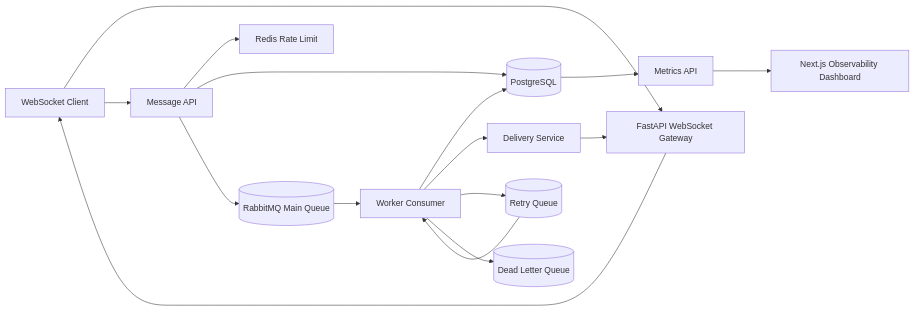
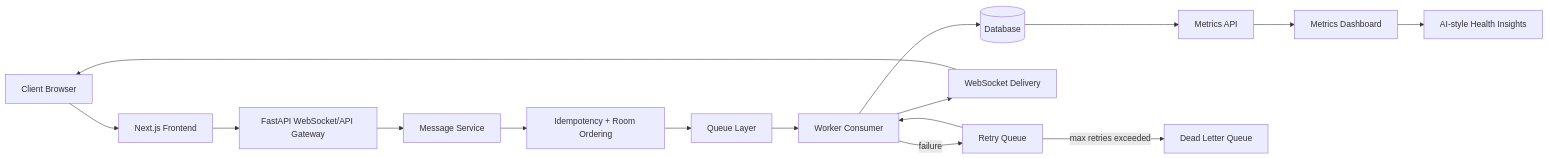
The diagram in README.md (tauqxxr7/queuepulse), drawn with Mermaid before and after one commit. The commit also changed other lines of this file and 4 other files, not shown here.

````diff
--- a/README.md
+++ b/README.md
@@ -31,18 +43,18 @@
 ```mermaid
 flowchart LR
-  Client[WebSocket Client] --> Gateway[FastAPI WebSocket Gateway]
-  Client --> API[Message API]
-  API --> RateLimit[Redis Rate Limit]
-  API --> DB[(PostgreSQL)]
-  API --> MainQ[(RabbitMQ Main Queue)]
-  MainQ --> Worker[Worker Consumer]
-  Worker --> DB
-  Worker --> Delivery[Delivery Service]
-  Worker --> RetryQ[(Retry Queue)]
-  RetryQ --> Worker
-  Worker --> DLQ[(Dead Letter Queue)]
-  Delivery --> Gateway
-  Gateway --> Client
-  DB --> Metrics[Metrics API]
-  Metrics --> Dashboard[Next.js Observability Dashboard]
+  Client[Client Browser] --> Frontend[Next.js Frontend]
+  Frontend --> Gateway[FastAPI WebSocket/API Gateway]
+  Gateway --> MessageService[Message Service]
+  MessageService --> Idempotency[Idempotency + Room Ordering]
+  Idempotency --> QueueLayer[Queue Layer]
+  QueueLayer --> Worker[Worker Consumer]
+  Worker --> Database[(Database)]
+  Worker --> Delivery[WebSocket Delivery]
+  Delivery --> Client
+  Database --> Metrics[Metrics API]
+  Metrics --> Dashboard[Metrics Dashboard]
+  Dashboard --> Insights[AI-style Health Insights]
+  Worker -- failure --> RetryQueue[Retry Queue]
+  RetryQueue --> Worker
+  RetryQueue -- max retries exceeded --> DLQ[Dead Letter Queue]
 ```
````
